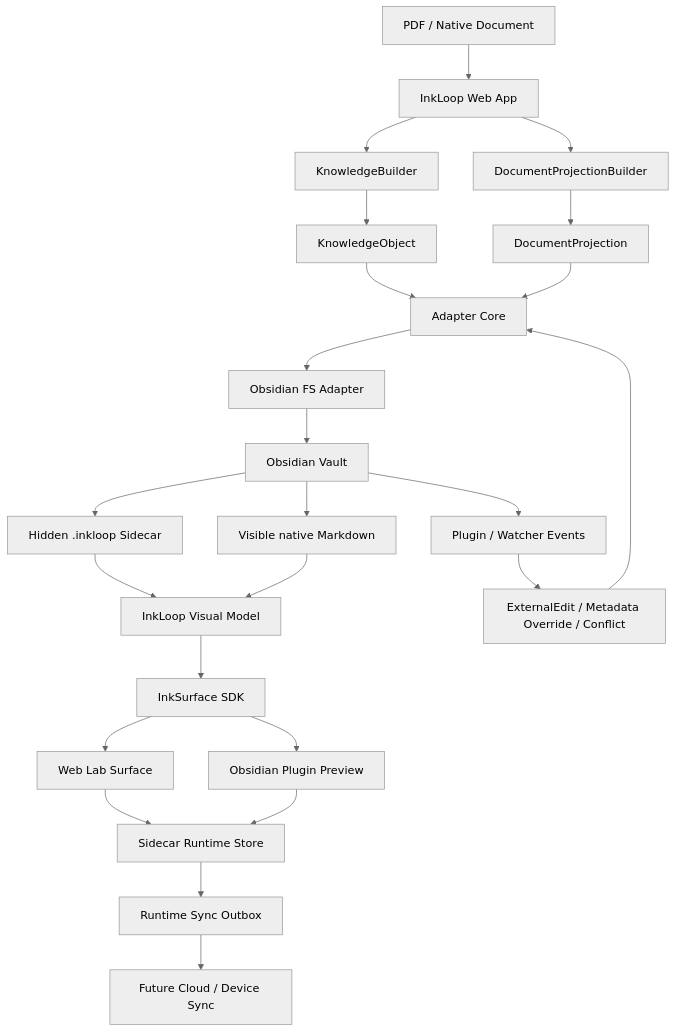
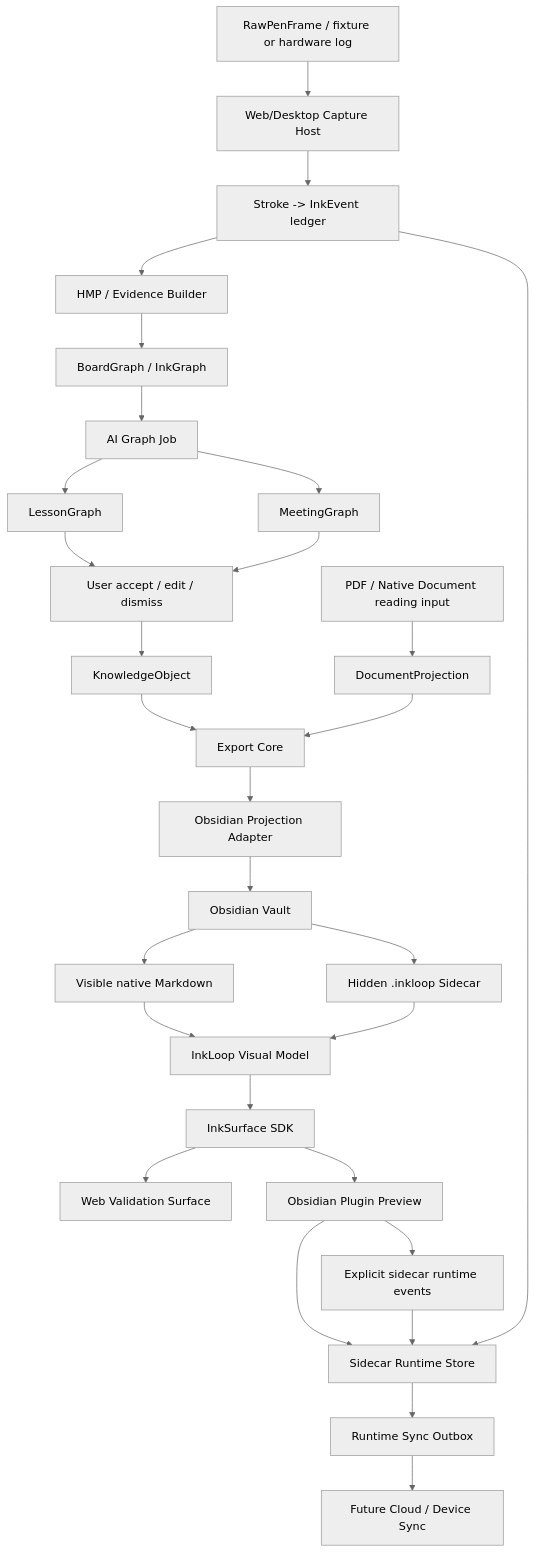
The second of 6 diagrams in docs/architecture.md (NoDeskAI/ink-surface-sdk), drawn with Mermaid (neutral theme) before and after one commit. The commit also changed other lines of this file and 547 other files, not shown here.

First line of the commit message:
feat: land InkLoop V1 runtime sync loop

````diff
--- a/docs/architecture.md
+++ b/docs/architecture.md
@@ -25,33 +114,38 @@
 ```mermaid
 flowchart TB
-  PDF["PDF / Native Document"] --> WEB["InkLoop Web App"]
-  WEB --> KB["KnowledgeBuilder"]
-  WEB --> DPB["DocumentProjectionBuilder"]
+  RAW["RawPenFrame / fixture or hardware log"] --> HOST["Web/Desktop Capture Host"]
+  HOST --> INK["Stroke -> InkEvent ledger"]
+  INK --> HMP["HMP / Evidence Builder"]
+  HMP --> GRAPH["BoardGraph / InkGraph"]
+  GRAPH --> AIJOB["AI Graph Job"]
+  AIJOB --> LESSON["LessonGraph"]
+  AIJOB --> MEETING["MeetingGraph"]
+  LESSON --> REVIEW["User accept / edit / dismiss"]
+  MEETING --> REVIEW
+  REVIEW --> KO["KnowledgeObject"]
 
-  KB --> KO["KnowledgeObject"]
-  DPB --> DP["DocumentProjection"]
+  DOC["PDF / Native Document reading input"] --> DP["DocumentProjection"]
 
-  KO --> CORE["Adapter Core"]
-  DP --> CORE
-  CORE --> OBSFS["Obsidian FS Adapter"]
-  OBSFS --> VAULT["Obsidian Vault"]
+  KO --> EXPORT["Export Core"]
+  DP --> EXPORT
+  EXPORT --> OBADAPTER["Obsidian Projection Adapter"]
+  OBADAPTER --> VAULT["Obsidian Vault"]
 
   VAULT --> MD["Visible native Markdown"]
   VAULT --> SC["Hidden .inkloop Sidecar"]
 
+  INK --> RUNTIME["Sidecar Runtime Store"]
   SC --> SDKMODEL["InkLoop Visual Model"]
   MD --> SDKMODEL
   SDKMODEL --> SDK["InkSurface SDK"]
 
-  SDK --> WEBLAB["Web Lab Surface"]
+  SDK --> WEBHOST["Web Validation Surface"]
   SDK --> OBPLUGIN["Obsidian Plugin Preview"]
 
-  WEBLAB --> RUNTIME["Sidecar Runtime Store"]
   OBPLUGIN --> RUNTIME
   RUNTIME --> OUTBOX["Runtime Sync Outbox"]
   OUTBOX --> CLOUD["Future Cloud / Device Sync"]
 
-  VAULT --> WATCHER["Plugin / Watcher Events"]
-  WATCHER --> EXT["ExternalEdit / Metadata Override / Conflict"]
-  EXT --> CORE
+  OBPLUGIN --> SIDECAREVENT["Explicit sidecar runtime events"]
+  SIDECAREVENT --> RUNTIME
 ```
````
